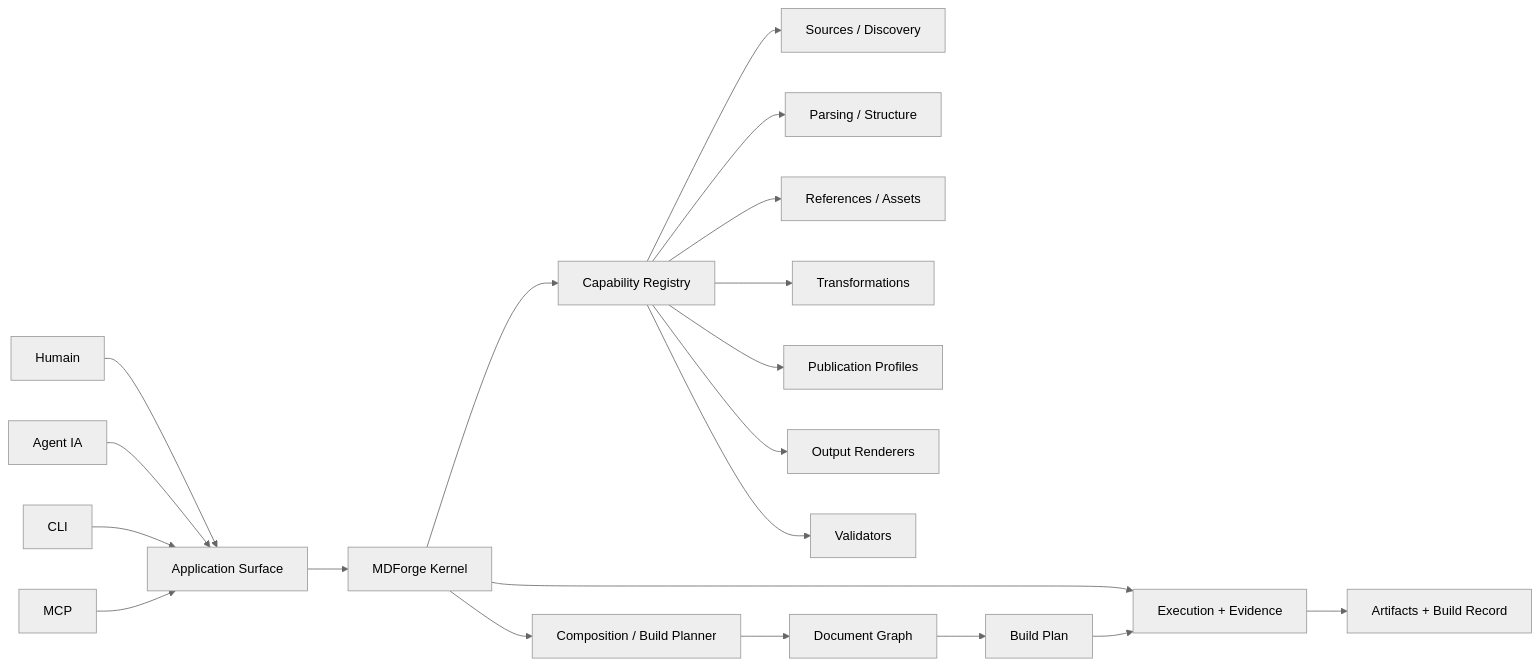
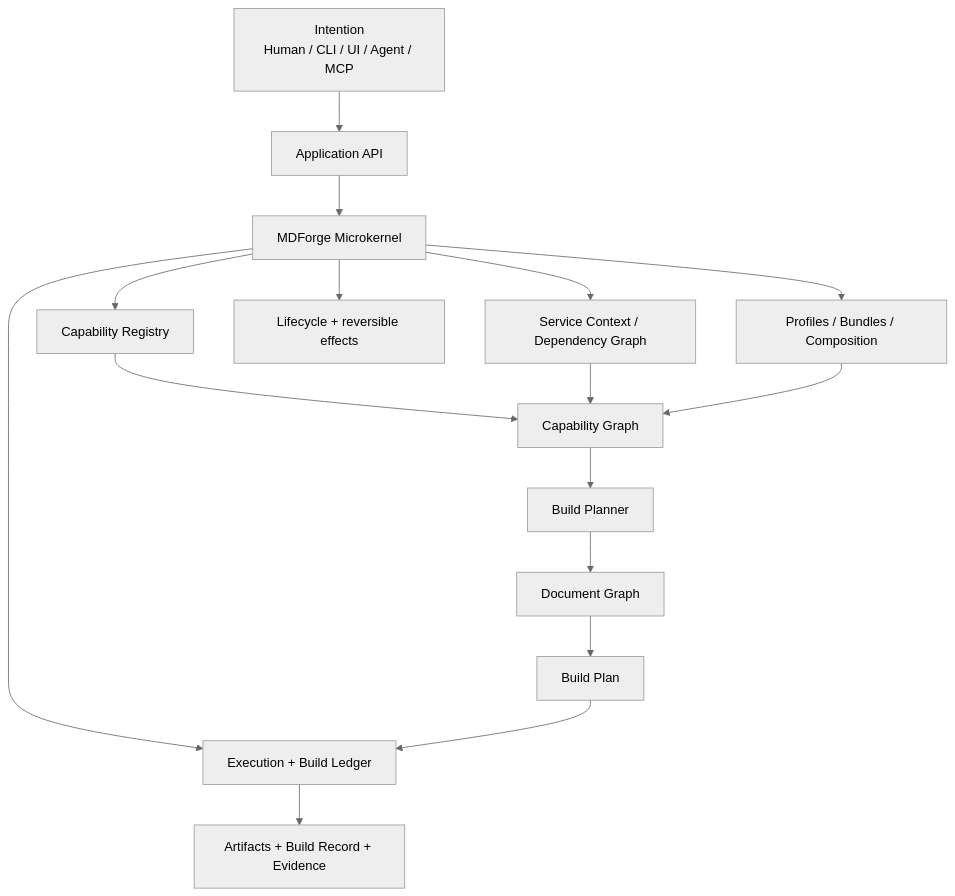
Before and after one commit to Crackovis/Mdforge: the first of 12 diagrams in _/agents/roaming/memory-diagrams/01-product-architecture/memory-diagram-mdforge-modular-agent-native-document-forge.md, drawn with Mermaid (neutral theme). The commit also changed other lines of this file, not shown here.

Commit message:
Enrichir le théorème technologique de MDForge

````diff
--- a/_/agents/roaming/memory-diagrams/01-product-architecture/memory-diagram-mdforge-modular-agent-native-document-forge.md
+++ b/_/agents/roaming/memory-diagrams/01-product-architecture/memory-diagram-mdforge-modular-agent-native-document-forge.md
@@ -107,25 +125,29 @@
 ```mermaid
-flowchart LR
-    H[Humain] --> A[Application Surface]
-    G[Agent IA] --> A
-    C[CLI] --> A
-    M[MCP] --> A
+flowchart TD
+    I["Intention<br/>Human / CLI / UI / Agent / MCP"]
+    APP["Application API"]
+    K["MDForge Microkernel"]
 
-    A --> K[MDForge Kernel]
-    K --> R[Capability Registry]
-    K --> P[Composition / Build Planner]
-    K --> X[Execution + Evidence]
+    R["Capability Registry"]
+    C["Service Context / Dependency Graph"]
+    L["Lifecycle + reversible effects"]
+    P["Profiles / Bundles / Composition"]
+    X["Execution + Build Ledger"]
 
-    R --> S[Sources / Discovery]
-    R --> Q[Parsing / Structure]
-    R --> B[References / Assets]
-    R --> T[Transformations]
-    R --> U[Publication Profiles]
-    R --> O[Output Renderers]
-    R --> V[Validators]
+    I --> APP --> K
+    K --> R
+    K --> C
+    K --> L
+    K --> P
+    K --> X
 
-    P --> D[Document Graph]
-    D --> E[Build Plan]
-    E --> X
-    X --> Z[Artifacts + Build Record]
+    R --> G["Capability Graph"]
+    C --> G
+    P --> G
+
+    G --> BP["Build Planner"]
+    BP --> DG["Document Graph"]
+    DG --> B["Build Plan"]
+    B --> X
+    X --> A["Artifacts + Build Record + Evidence"]
 ```
````
